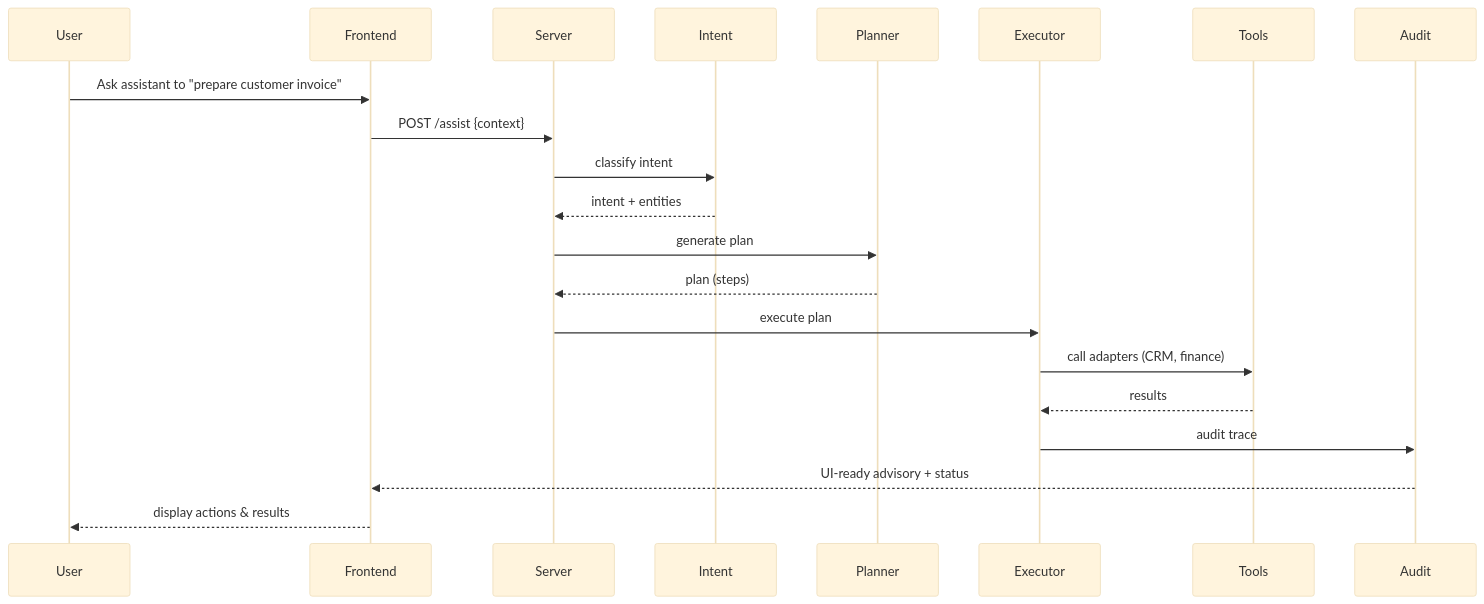
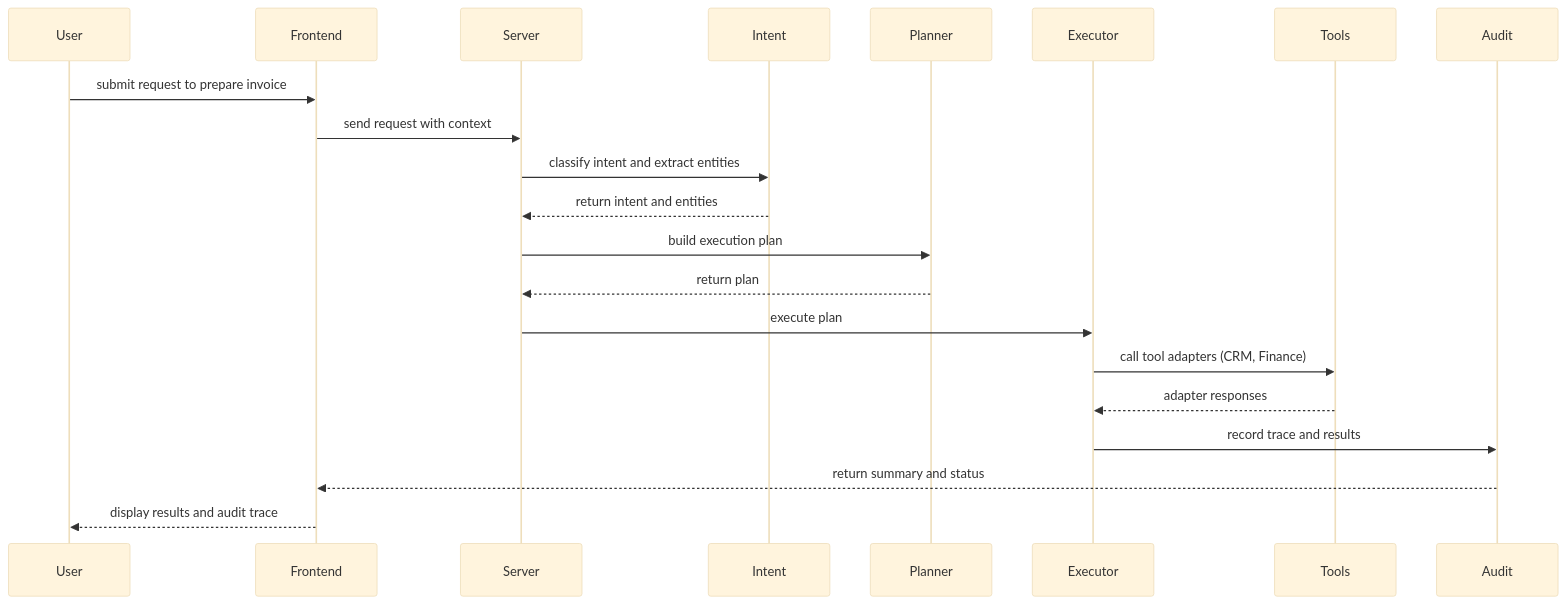
One commit to YuvanChaudary/Client_flow_project changed the second of 2 diagrams in README.md. Above: the diagram before and after it, drawn with Mermaid (base theme). The commit also changed other lines of this file, not shown here.

Commit message:
Fix Mermaid syntax (safe identifiers), add User Flow and explicit Project Structure to README

````diff
--- a/README.md
+++ b/README.md
@@ -68,24 +89,24 @@
 ```mermaid
 sequenceDiagram
-  participant U as User
-  participant F as Frontend
-  participant S as Server
-  participant I as Intent
-  participant P as Planner
-  participant E as Executor
-  participant T as Tools
-  participant A as Audit
+  participant User
+  participant Frontend
+  participant Server
+  participant Intent
+  participant Planner
+  participant Executor
+  participant Tools
+  participant Audit
 
-  U->>F: Ask assistant to "prepare customer invoice"
-  F->>S: POST /assist {context}
-  S->>I: classify intent
-  I-->>S: intent + entities
-  S->>P: generate plan
-  P-->>S: plan (steps)
-  S->>E: execute plan
-  E->>T: call adapters (CRM, finance)
-  T-->>E: results
-  E->>A: audit trace
-  A-->>F: UI-ready advisory + status
-  F-->>U: display actions & results
+  User->>Frontend: submit request to prepare invoice
+  Frontend->>Server: send request with context
+  Server->>Intent: classify intent and extract entities
+  Intent-->>Server: return intent and entities
+  Server->>Planner: build execution plan
+  Planner-->>Server: return plan
+  Server->>Executor: execute plan
+  Executor->>Tools: call tool adapters (CRM, Finance)
+  Tools-->>Executor: adapter responses
+  Executor->>Audit: record trace and results
+  Audit-->>Frontend: return summary and status
+  Frontend-->>User: display results and audit trace
 ```
````
